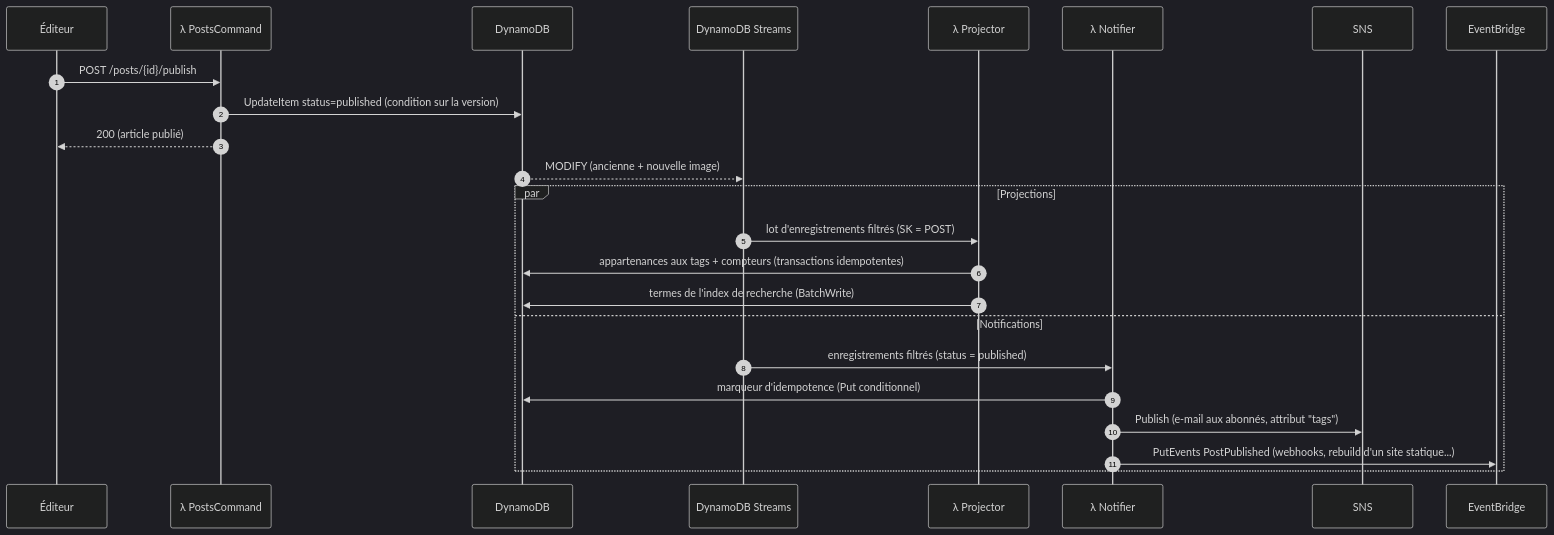
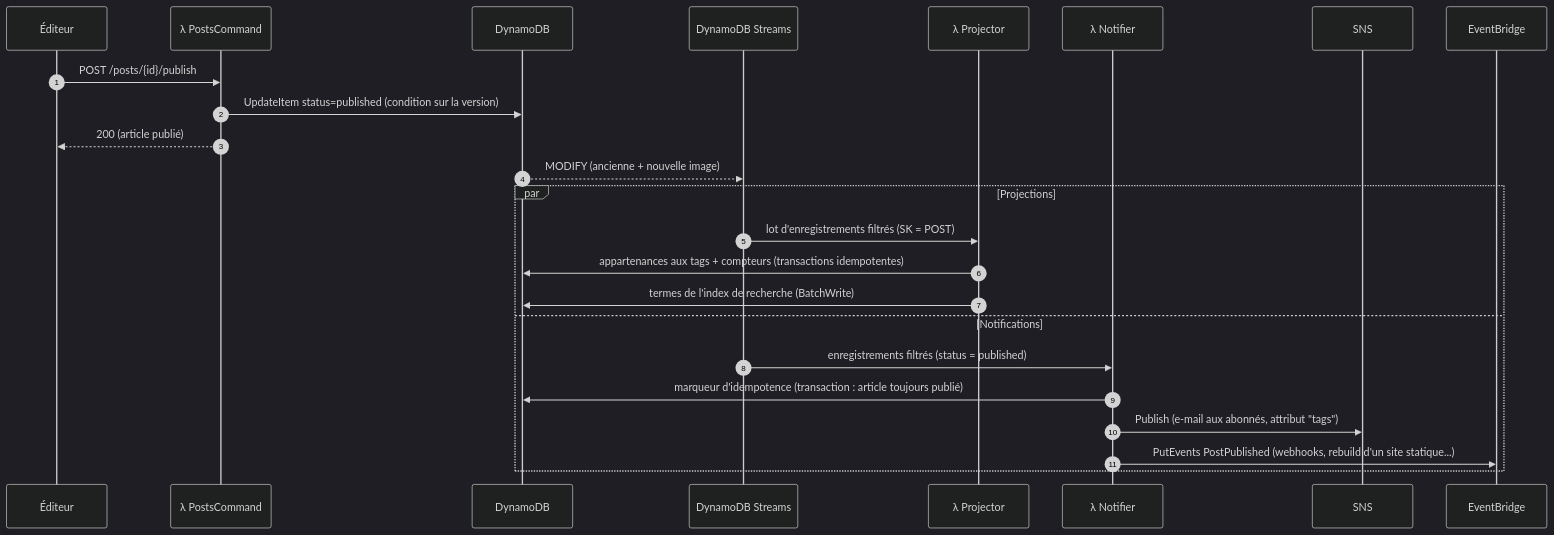
Before and after one commit to rayenebnt/5LAMB: the fourth of 5 diagrams in docs/ARCHITECTURE.md, drawn with Mermaid (dark theme). The commit also changed other lines of this file and 5 other files, not shown here.

````diff
--- a/docs/ARCHITECTURE.md
+++ b/docs/ARCHITECTURE.md
@@ -194,26 +195,26 @@
 ```mermaid
 sequenceDiagram
   autonumber
   participant Ed as Éditeur
   participant P as λ PostsCommand
   participant D as DynamoDB
   participant St as DynamoDB Streams
   participant Pr as λ Projector
   participant N as λ Notifier
   participant S as SNS
   participant E as EventBridge
   Ed->>P: POST /posts/{id}/publish
   P->>D: UpdateItem status=published (condition sur la version)
   P-->>Ed: 200 (article publié)
   D-->>St: MODIFY (ancienne + nouvelle image)
   par Projections
     St->>Pr: lot d'enregistrements filtrés (SK = POST)
     Pr->>D: appartenances aux tags + compteurs (transactions idempotentes)
     Pr->>D: termes de l'index de recherche (BatchWrite)
   and Notifications
     St->>N: enregistrements filtrés (status = published)
-    N->>D: marqueur d'idempotence (Put conditionnel)
+    N->>D: marqueur d'idempotence (transaction : article toujours publié)
     N->>S: Publish (e-mail aux abonnés, attribut "tags")
     N->>E: PutEvents PostPublished (webhooks, rebuild d'un site statique...)
   end
 ```
````
